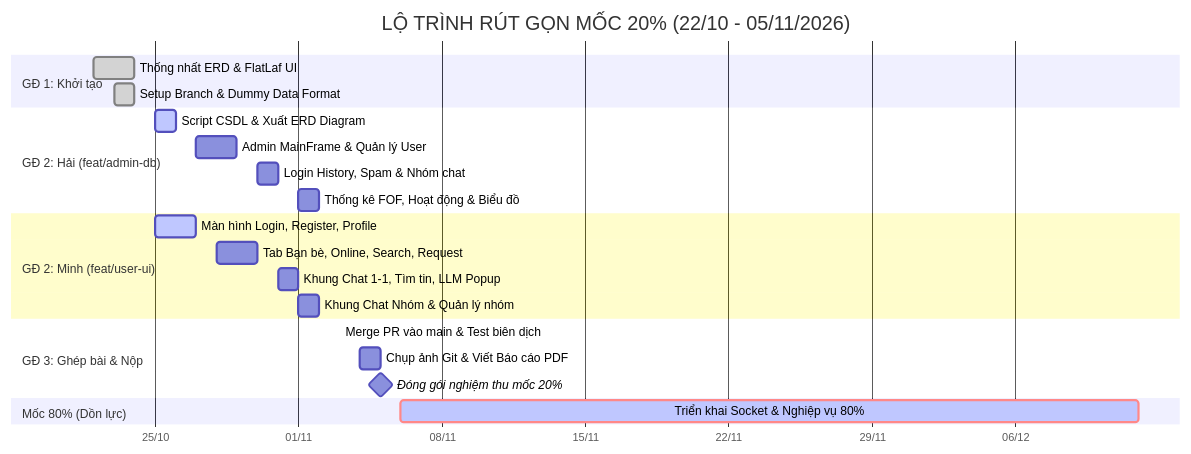
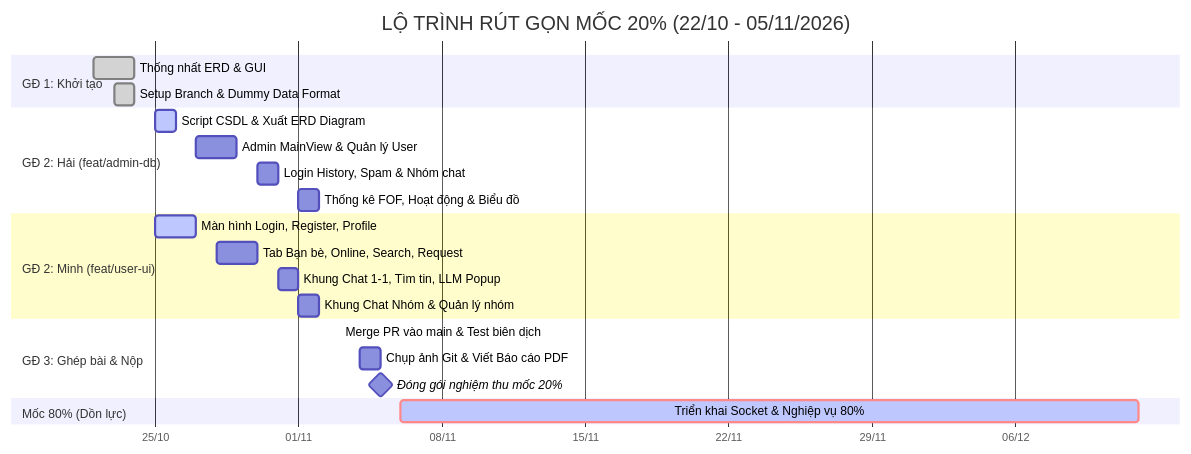
One commit to OpsDoesntWantToCode/JavaChatProject changed the diagram in docs/Plan.md. Above: the diagram before and after it, drawn with Mermaid. The commit also changed other lines of this file and 4 other files, not shown here.

````diff
--- a/docs/Plan.md
+++ b/docs/Plan.md
@@ -43,25 +44,25 @@
 ```mermaid
 gantt
     title LỘ TRÌNH RÚT GỌN MỐC 20% (22/10 - 05/11/2026)
     dateFormat  YYYY-MM-DD
     axisFormat  %d/%m
     section GĐ 1: Khởi tạo
-    Thống nhất ERD & FlatLaf UI        :done, des1, 2026-10-22, 2026-10-24
+    Thống nhất ERD & GUI              :done, des1, 2026-10-22, 2026-10-24
     Setup Branch & Dummy Data Format   :done, des2, 2026-10-23, 2026-10-24
     section GĐ 2: Hải (feat/admin-db)
     Script CSDL & Xuất ERD Diagram     :active, h1, 2026-10-25, 2026-10-26
-    Admin MainFrame & Quản lý User     :h2, 2026-10-27, 2026-10-29
+    Admin MainView & Quản lý User      :h2, 2026-10-27, 2026-10-29
     Login History, Spam & Nhóm chat    :h3, 2026-10-30, 2026-10-31
     Thống kê FOF, Hoạt động & Biểu đồ  :h4, 2026-11-01, 2026-11-02
     section GĐ 2: Minh (feat/user-ui)
     Màn hình Login, Register, Profile  :active, m1, 2026-10-25, 2026-10-27
     Tab Bạn bè, Online, Search, Request:m2, 2026-10-28, 2026-10-30
     Khung Chat 1-1, Tìm tin, LLM Popup :m3, 2026-10-31, 2026-11-01
     Khung Chat Nhóm & Quản lý nhóm     :m4, 2026-11-01, 2026-11-02
     section GĐ 3: Ghép bài & Nộp
     Merge PR vào main & Test biên dịch :int1, 2026-11-03, 2026-11-03
     Chụp ảnh Git & Viết Báo cáo PDF    :int2, 2026-11-04, 2026-11-05
     Đóng gói nghiệm thu mốc 20%        :milestone, m_done, 2026-11-05, 0d
     section Mốc 80% (Dồn lực)
     Triển khai Socket & Nghiệp vụ 80%  :crit, active, s80, 2026-11-06, 2026-12-12
 ```
````
